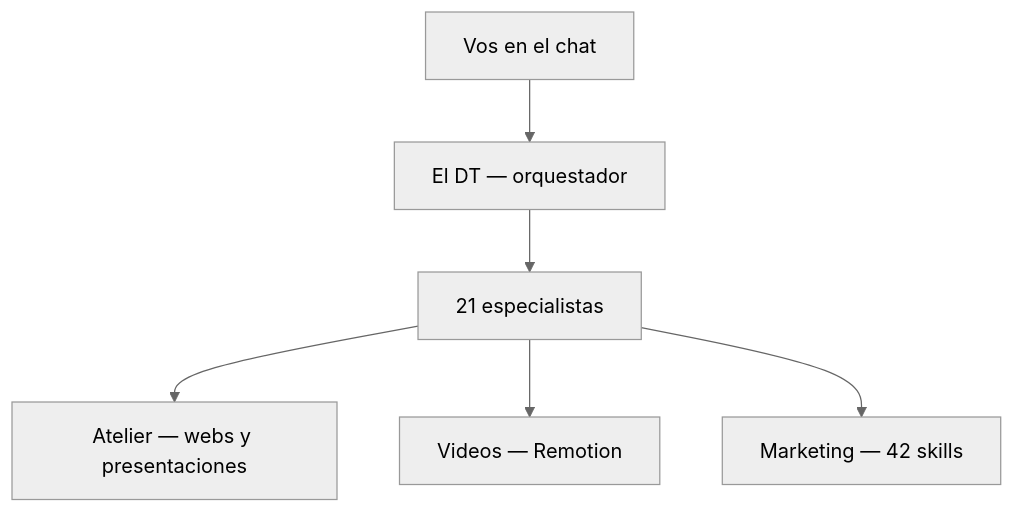
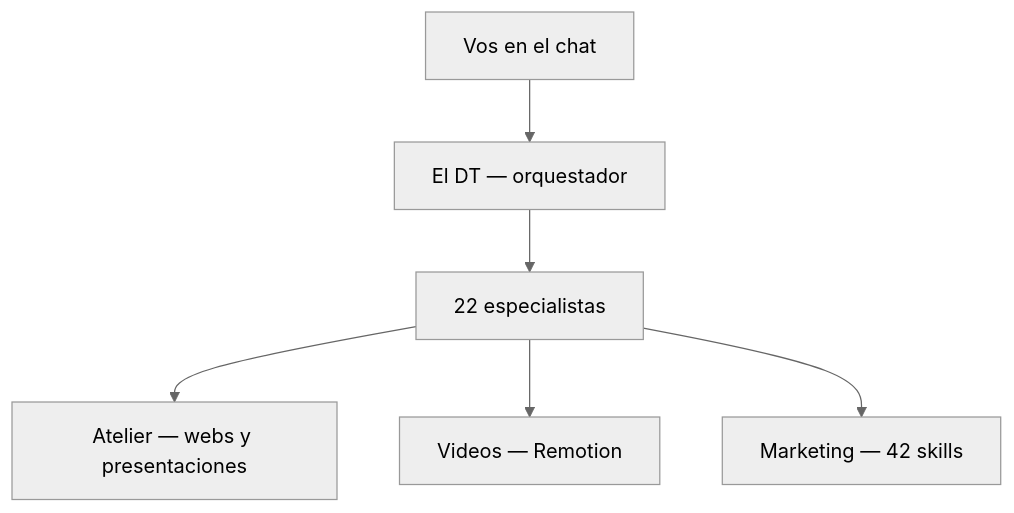
The first of 2 diagrams in README.md (Mazalucas/El-DT-Lightweight-Army), drawn with Mermaid (neutral theme) before and after one commit. The commit also changed other lines of this file and 48 other files, not shown here.

````diff
--- a/README.md
+++ b/README.md
@@ -97,14 +99,14 @@
 ```mermaid
 flowchart TB
   vos[Vos en el chat]
   dt[El DT — orquestador]
-  esp[21 especialistas]
+  esp[22 especialistas]
   atelier[Atelier — webs y presentaciones]
   video[Videos — Remotion]
   mkt[Marketing — 42 skills]
   vos --> dt
   dt --> esp
   esp --> atelier
   esp --> video
   esp --> mkt
 ```
````
